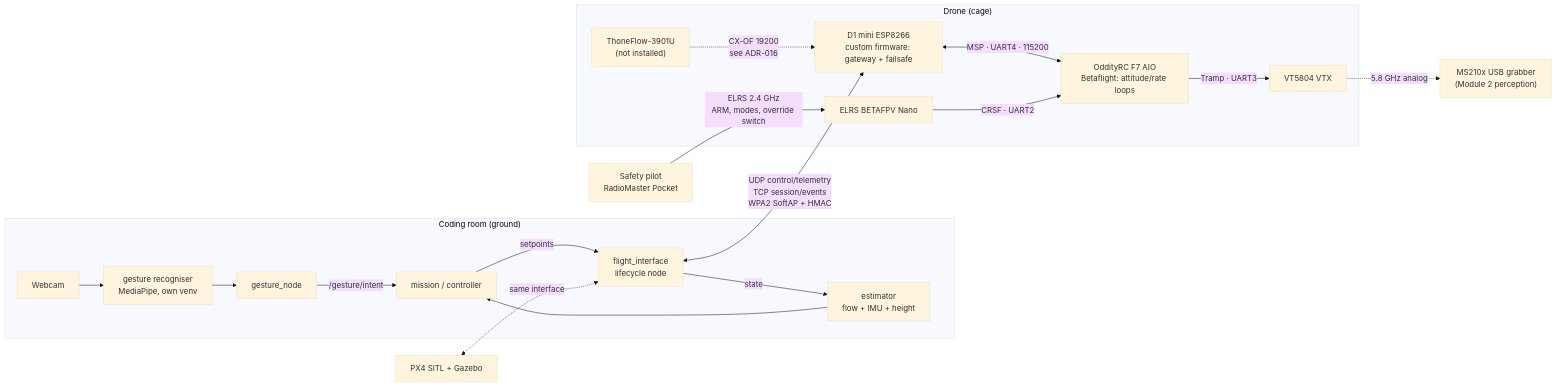
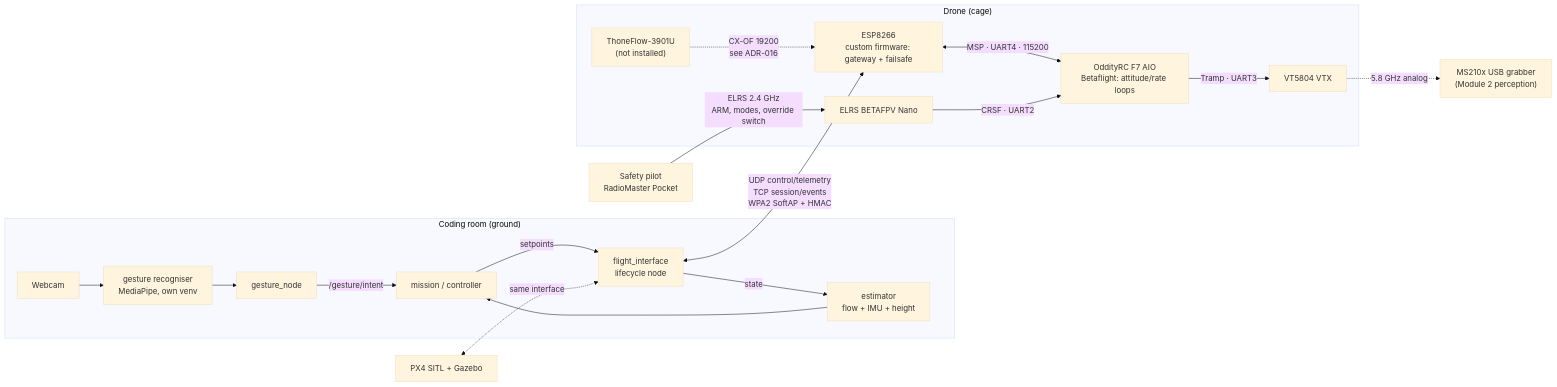
The diagram in docs/PraticalPlan/03 Architecture/System Overview.md (SEAME-pt/SEA-ME_Team1_ROSRangers), drawn with Mermaid (base theme) before and after one commit. The commit also changed other lines of this file and 42 other files, not shown here.

````diff
--- a/docs/PraticalPlan/03 Architecture/System Overview.md
+++ b/docs/PraticalPlan/03 Architecture/System Overview.md
@@ -22,26 +22,26 @@
 ```mermaid
 flowchart LR
   subgraph Room["Coding room (ground)"]
     CAM[Webcam] --> GEST["gesture recogniser<br/>MediaPipe, own venv"]
     GEST --> GN[gesture_node]
     GN -->|/gesture/intent| MISSION[mission / controller]
     EST["estimator<br/>flow + IMU + height"] --> MISSION
     MISSION -->|setpoints| FI["flight_interface<br/>lifecycle node"]
     FI -->|state| EST
   end
   subgraph Air["Drone (cage)"]
-    ESP["D1 mini ESP8266<br/>custom firmware: gateway + failsafe"]
+    ESP["ESP8266<br/>custom firmware: gateway + failsafe"]
     FC["OddityRC F7 AIO<br/>Betaflight: attitude/rate loops"]
     FLOW["ThoneFlow-3901U<br/>(not installed)"]
     ELRS["ELRS BETAFPV Nano"]
     VTX["VT5804 VTX"]
   end
   FI <-->|"UDP control/telemetry<br/>TCP session/events<br/>WPA2 SoftAP + HMAC"| ESP
   ESP <-->|"MSP · UART4 · 115200"| FC
   FLOW -.->|"CX-OF 19200<br/>see ADR-016"| ESP
   PILOT["Safety pilot<br/>RadioMaster Pocket"] -->|"ELRS 2.4 GHz<br/>ARM, modes, override switch"| ELRS
   ELRS -->|"CRSF · UART2"| FC
   FC -->|"Tramp · UART3"| VTX
   VTX -.->|"5.8 GHz analog"| GRAB["MS210x USB grabber<br/>(Module 2 perception)"]
   SIM["PX4 SITL + Gazebo"] <-.same interface.-> FI
 ```
````
